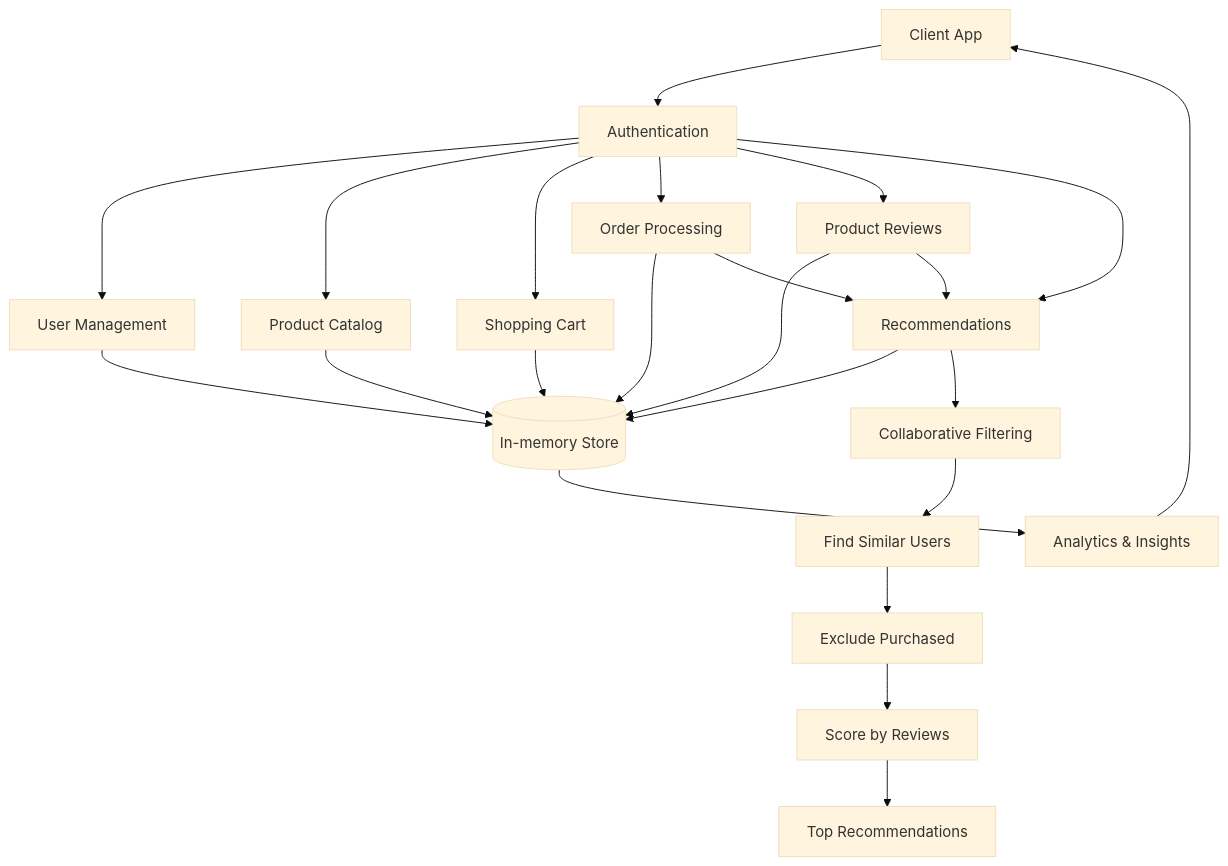
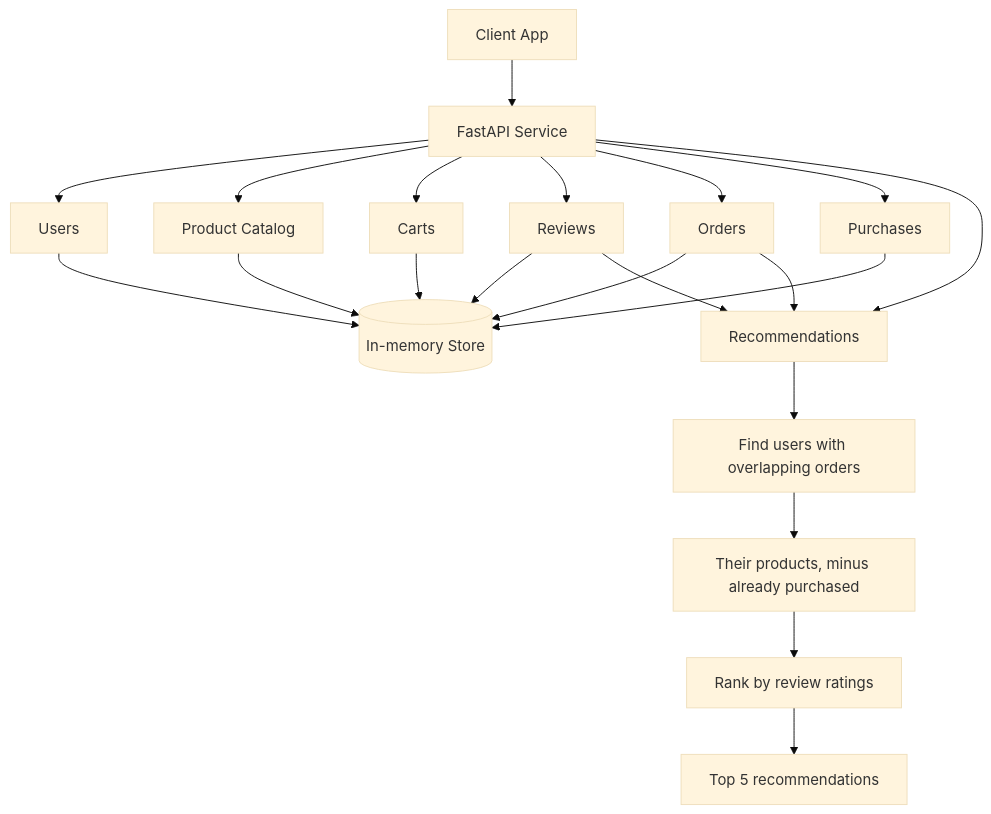
The diagram in README.md (juangedaan/e-commerce-backend), drawn with Mermaid (base theme) before and after one commit.

Commit message:
Redraw README mermaid diagram to match actual API
Drop nonexistent Authentication gateway and Analytics module; show the
real endpoint groups (users, products, carts, reviews, orders, purchases)
over the in-memory store, and the actual recommendation flow: users with
overlapping orders -> their products minus already purchased -> ranked by
review ratings -> top 5.

````diff
--- a/README.md
+++ b/README.md
@@ -7,29 +7,26 @@
 ```mermaid
 flowchart TD
-    Client[Client App] --> Auth[Authentication]
-    Auth --> Users[User Management]
-    Auth --> Products[Product Catalog]
-    Auth --> Cart[Shopping Cart]
-    Auth --> Orders[Order Processing]
-    Auth --> Reviews[Product Reviews]
-    Auth --> Recs[Recommendations]
+    Client[Client App] --> API[FastAPI Service]
+    API --> Users[Users]
+    API --> Products[Product Catalog]
+    API --> Carts[Carts]
+    API --> Reviews[Reviews]
+    API --> Orders[Orders]
+    API --> Purchases[Purchases]
+    API --> Recs[Recommendations]
 
     Users --> DB[(In-memory Store)]
     Products --> DB
-    Cart --> DB
+    Carts --> DB
+    Reviews --> DB
     Orders --> DB
-    Reviews --> DB
-    Recs --> DB
-
-    Recs --> Collaborative[Collaborative Filtering]
-    Collaborative --> SimilarUsers[Find Similar Users]
-    SimilarUsers --> Purchased[Exclude Purchased]
-    Purchased --> Scored[Score by Reviews]
-    Scored --> TopRecs[Top Recommendations]
+    Purchases --> DB
 
     Orders --> Recs
     Reviews --> Recs
 
-    DB --> Analytics[Analytics & Insights]
-    Analytics --> Client
+    Recs --> SimilarUsers[Find users with overlapping orders]
+    SimilarUsers --> Candidates[Their products, minus already purchased]
+    Candidates --> Ranked[Rank by review ratings]
+    Ranked --> TopRecs[Top 5 recommendations]
 ```
````
